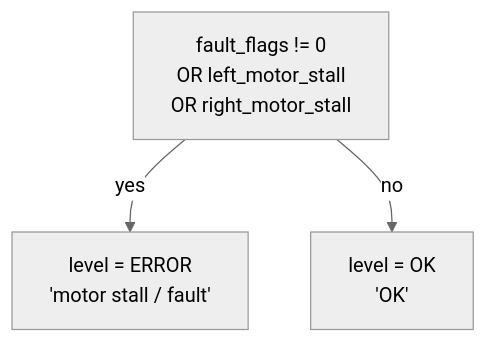
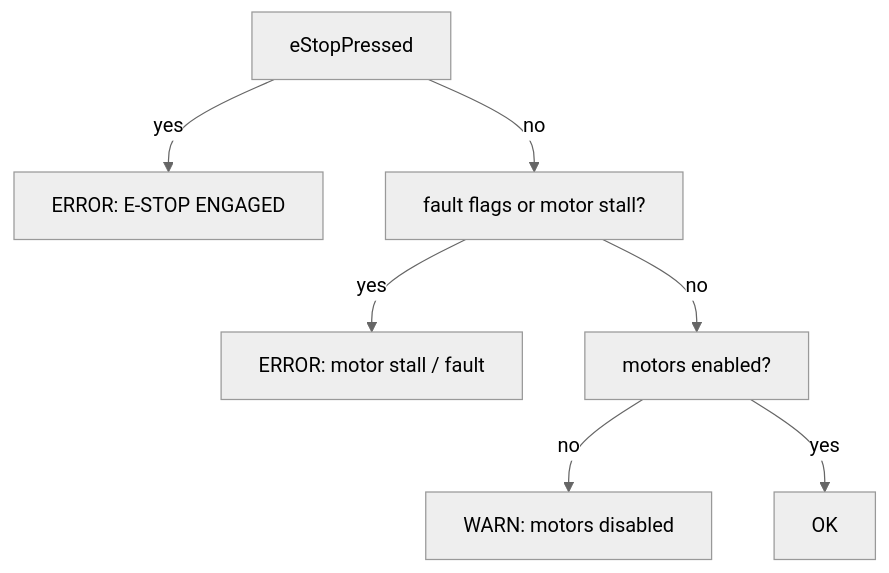
One commit to cmu-impactlab/patrolbot changed the diagram in docs/devices/controllers.md. Above: the diagram before and after it, drawn with Mermaid (neutral theme). The commit also changed other lines of this file and 52 other files, not shown here.

````diff
--- a/docs/devices/controllers.md
+++ b/docs/devices/controllers.md
@@ -40,5 +41,9 @@
 ```mermaid
 flowchart TB
-    A["fault_flags != 0\nOR left_motor_stall\nOR right_motor_stall"] -->|yes| ERR["level = ERROR\n'motor stall / fault'"]
-    A -->|no| OK["level = OK\n'OK'"]
+    E["eStopPressed"] -->|yes| ESTOP["ERROR: E-STOP ENGAGED"]
+    E -->|no| A["fault flags or motor stall?"]
+    A -->|yes| ERR["ERROR: motor stall / fault"]
+    A -->|no| M["motors enabled?"]
+    M -->|no| WARN["WARN: motors disabled"]
+    M -->|yes| OK["OK"]
 ```
````
